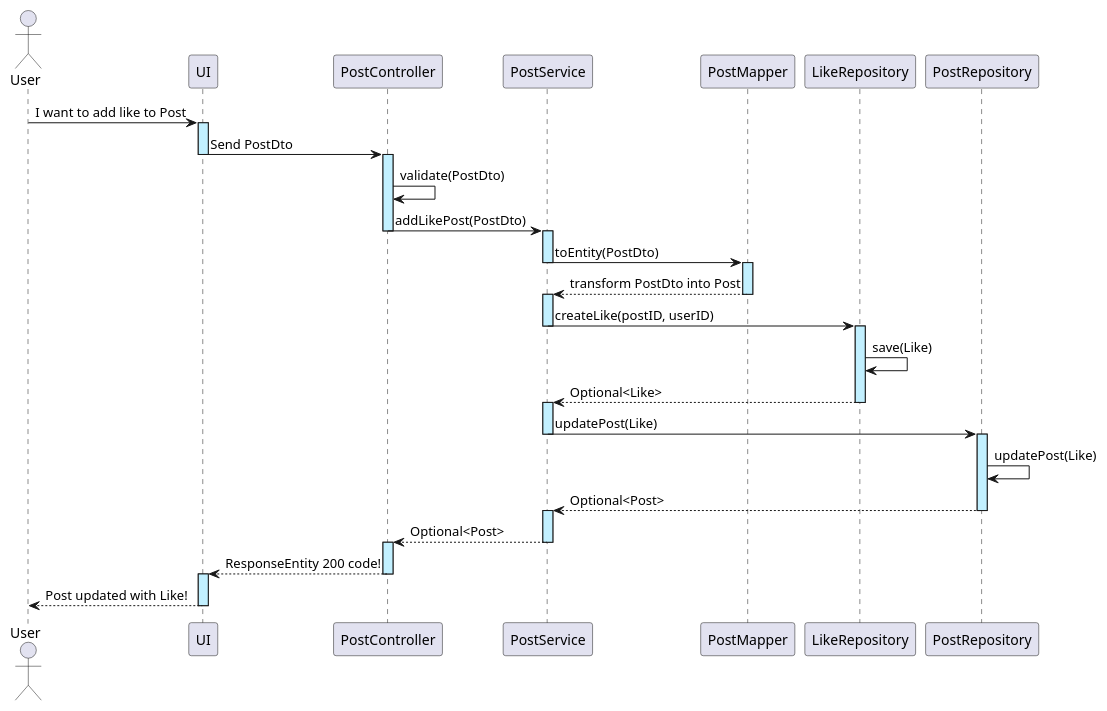
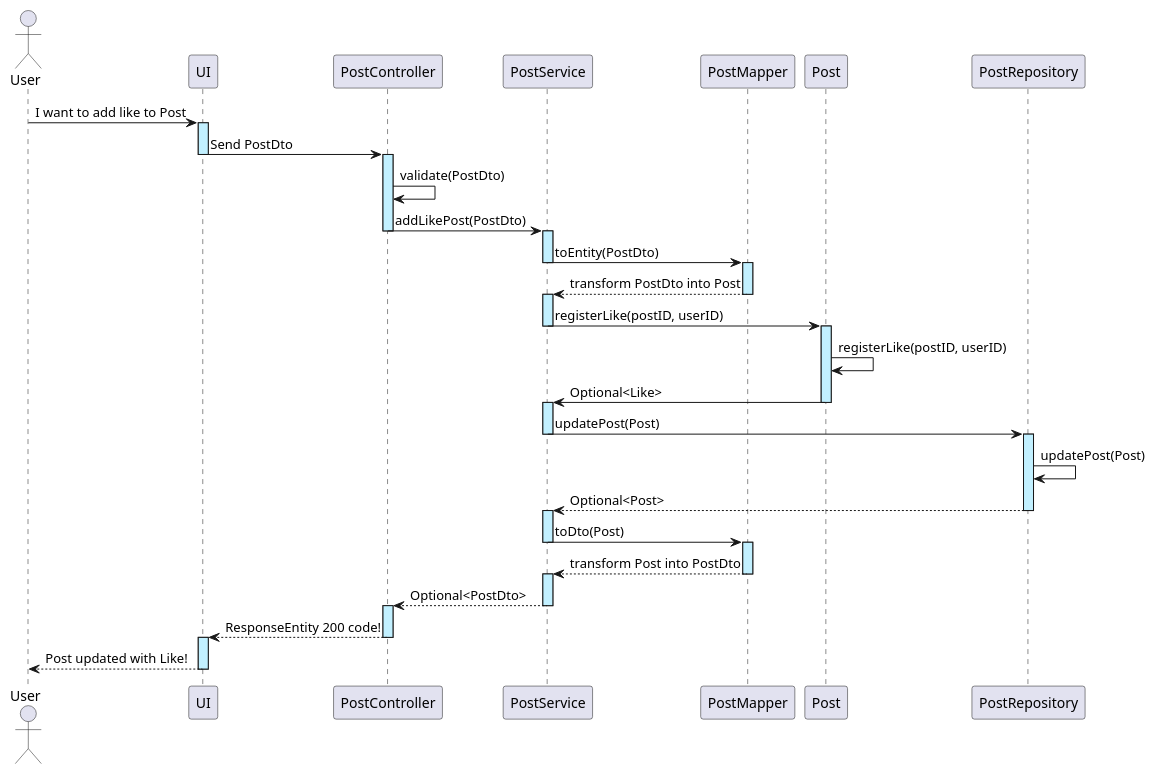
One commit to implaymo/Social-Media-Platform changed the diagram in Diagrams/US02/SD/US_02_addLike_SD.puml. Above: the diagram before and after it, drawn with PlantUML.

Commit message:
Updated addLike sequence diagram for better implementation.

```diff
--- a/Diagrams/US02/SD/US_02_addLike_SD.puml
+++ b/Diagrams/US02/SD/US_02_addLike_SD.puml
@@ -1,23 +1,25 @@
 @startuml
 
 
 actor User
 
 User -> UI ++ #application: I want to add like to Post
 UI -> PostController --++ #application : Send PostDto
 PostController -> PostController #application: validate(PostDto)
 PostController -> PostService --++ #application: addLikePost(PostDto)
 PostService -> PostMapper --++ #application: toEntity(PostDto)
 PostMapper --> PostService --++ #application: transform PostDto into Post
-PostService -> LikeRepository --++ #application: createLike(postID, userID)
-LikeRepository -> LikeRepository #application: save(Like)
-LikeRepository --> PostService --++ #application: Optional<Like>
-PostService -> PostRepository --++ #application: updatePost(Like)
-PostRepository -> PostRepository #application: updatePost(Like)
+PostService -> Post --++ #application: registerLike(postID, userID)
+Post -> Post #application: registerLike(postID, userID)
+Post -> PostService --++ #application: Optional<Like>
+PostService -> PostRepository --++ #application: updatePost(Post)
+PostRepository -> PostRepository #application: updatePost(Post)
 PostRepository --> PostService --++ #application: Optional<Post>
-PostService --> PostController --++ #application: Optional<Post>
+PostService -> PostMapper --++ #application: toDto(Post)
+PostMapper --> PostService --++ #application: transform Post into PostDto
+PostService --> PostController --++ #application: Optional<PostDto>
 PostController --> UI --++ #application: ResponseEntity 200 code!
 UI --> User -- #application: Post updated with Like!
 
 
 @enduml
```
